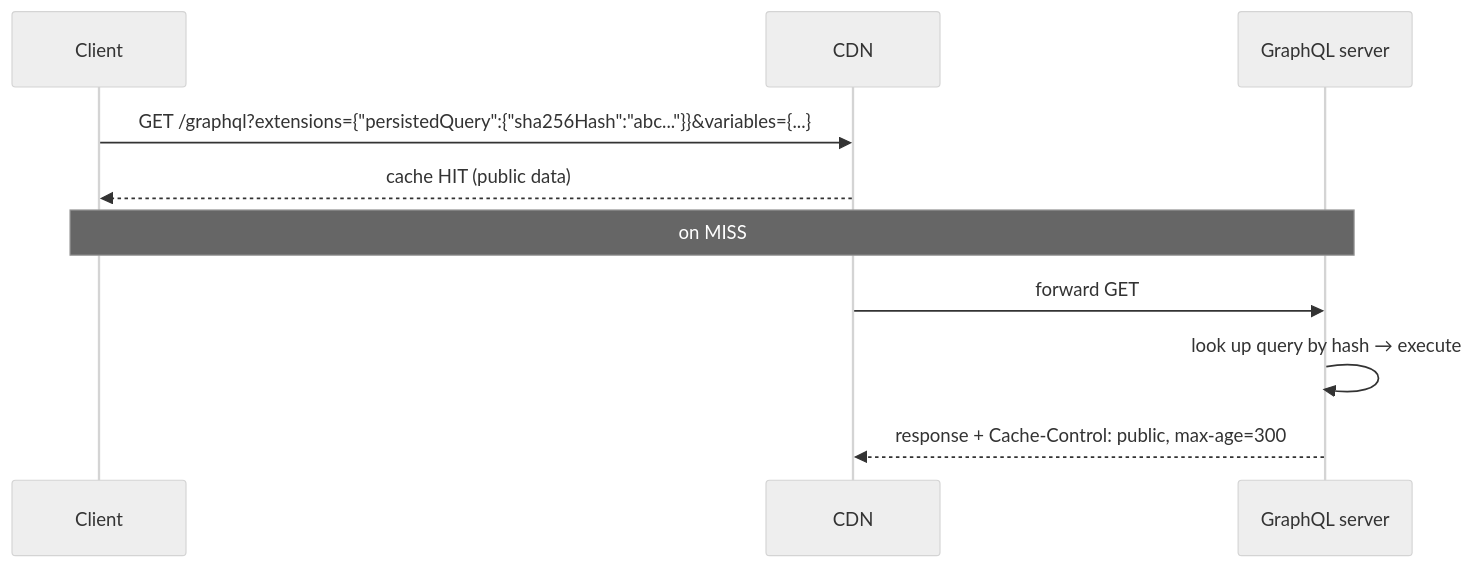
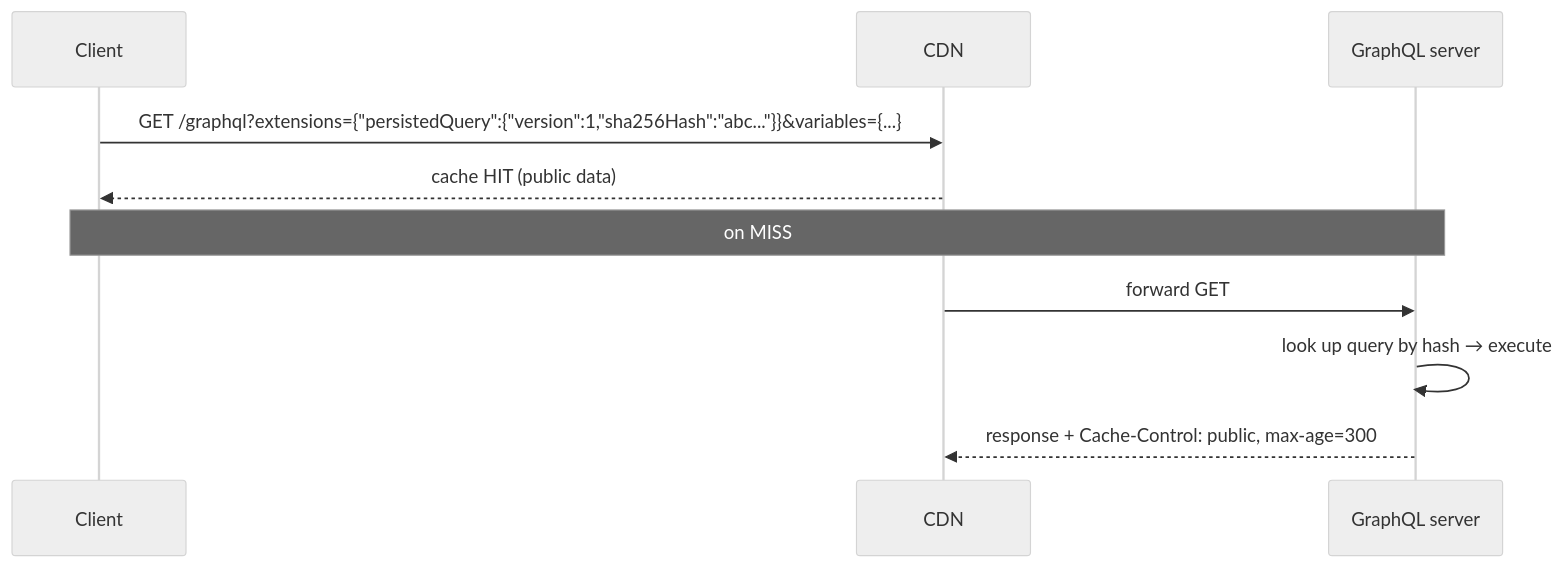
The second of 2 diagrams in docs/graphql/07-caching.md (vishalhulawale/knowledge-base), drawn with Mermaid (neutral theme) before and after one commit. The commit also changed other lines of this file and 5 other files, not shown here.

First line of the commit message:
docs(graphql): independent fact-check of pages 04-09

````diff
--- a/docs/graphql/07-caching.md
+++ b/docs/graphql/07-caching.md
@@ -52,12 +52,12 @@
 ```mermaid
 sequenceDiagram
     participant C as Client
     participant CDN as CDN
     participant S as GraphQL server
-    C->>CDN: GET /graphql?extensions={"persistedQuery":{"sha256Hash":"abc..."}}&variables={...}
+    C->>CDN: GET /graphql?extensions={"persistedQuery":{"version":1,"sha256Hash":"abc..."}}&variables={...}
     CDN-->>C: cache HIT (public data)
     Note over C,S: on MISS
     CDN->>S: forward GET
     S->>S: look up query by hash → execute
     S-->>CDN: response + Cache-Control: public, max-age=300
 ```
````
